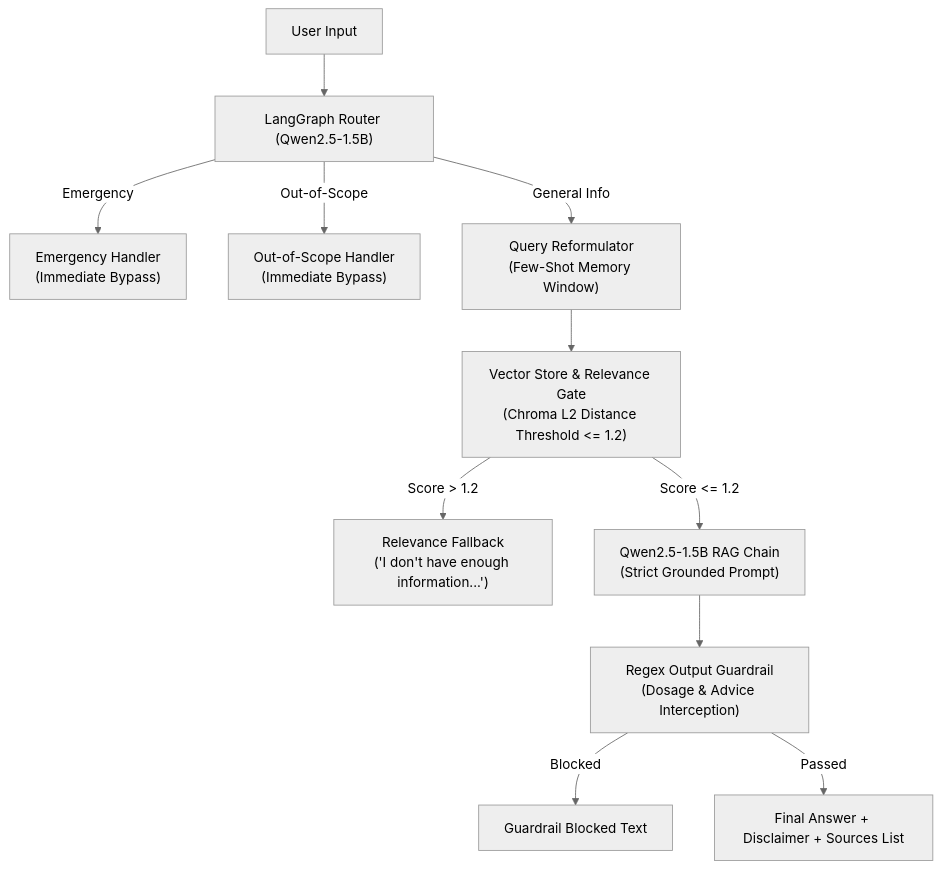
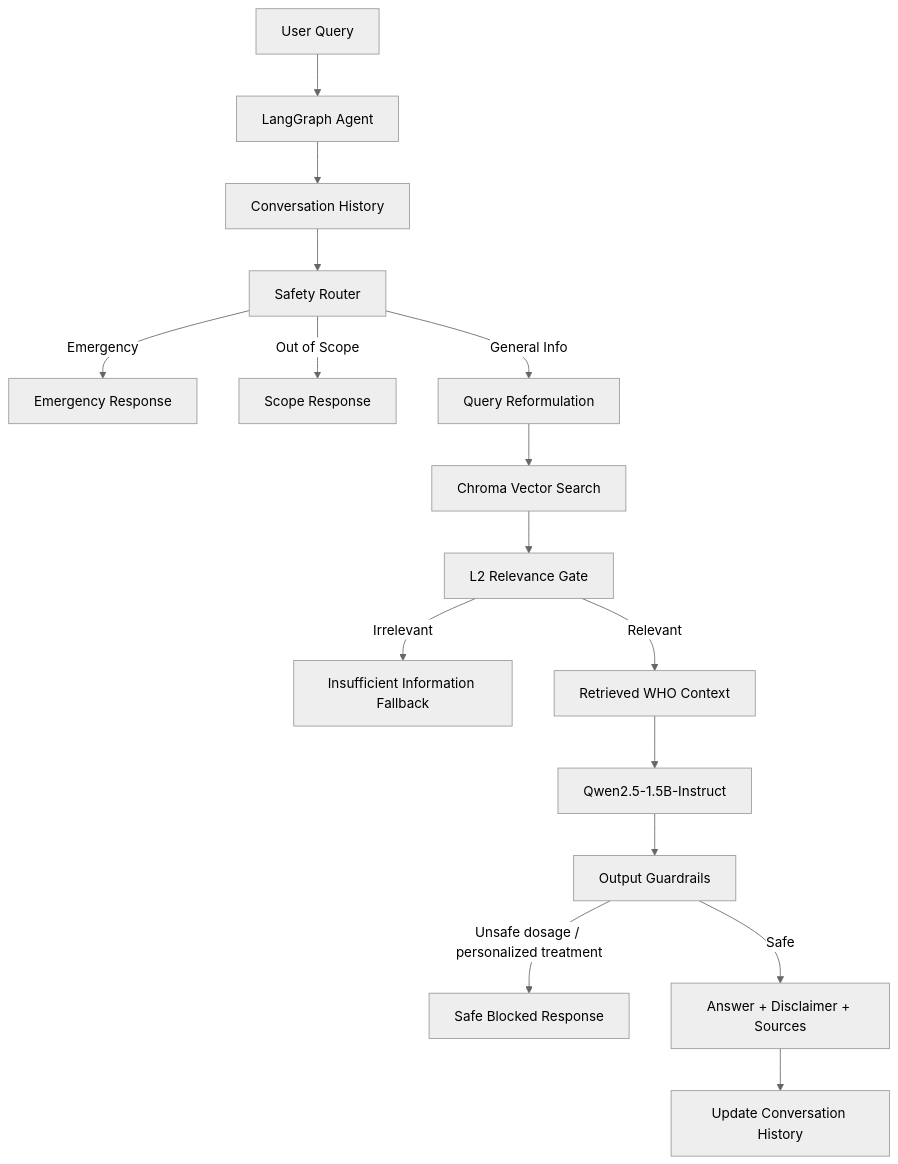
The diagram in README.md (gurupawan265/Clinical-Guidelines-Assistant), drawn with Mermaid (neutral theme) before and after one commit. The commit also changed other lines of this file, not shown here.

````diff
--- a/README.md
+++ b/README.md
@@ -20,17 +52,18 @@
 ```mermaid
-graph TD
-    User["User Input"] --> Router["LangGraph Router (Qwen2.5-1.5B)"]
-    
-    Router -->|Emergency| EmergencyNode["Emergency Handler\n(Immediate Bypass)"]
-    Router -->|Out-of-Scope| OutOfScopeNode["Out-of-Scope Handler\n(Immediate Bypass)"]
-    Router -->|General Info| ReformulateNode["Query Reformulator\n(Few-Shot Memory Window)"]
-    
-    ReformulateNode --> Gate["Vector Store & Relevance Gate\n(Chroma L2 Distance Threshold <= 1.2)"]
-    
-    Gate -->|Score > 1.2| GateFallback["Relevance Fallback\n('I don't have enough information...')"]
-    Gate -->|Score <= 1.2| RAGChain["Qwen2.5-1.5B RAG Chain\n(Strict Grounded Prompt)"]
-    
-    RAGChain --> Guardrail["Regex Output Guardrail\n(Dosage & Advice Interception)"]
-    Guardrail -->|Blocked| BlockedFallback["Guardrail Blocked Text"]
-    Guardrail -->|Passed| FinalResponse["Final Answer + Disclaimer + Sources List"]
+flowchart TD
+    A[User Query] --> B[LangGraph Agent]
+    B --> C[Conversation History]
+    C --> D[Safety Router]
+    D -->|Emergency| E[Emergency Response]
+    D -->|Out of Scope| F[Scope Response]
+    D -->|General Info| G[Query Reformulation]
+    G --> H[Chroma Vector Search]
+    H --> I[L2 Relevance Gate]
+    I -->|Irrelevant| J[Insufficient Information Fallback]
+    I -->|Relevant| K[Retrieved WHO Context]
+    K --> L[Qwen2.5-1.5B-Instruct]
+    L --> M[Output Guardrails]
+    M -->|Unsafe dosage / personalized treatment| N[Safe Blocked Response]
+    M -->|Safe| O[Answer + Disclaimer + Sources]
+    O --> P[Update Conversation History]
 ```
````
